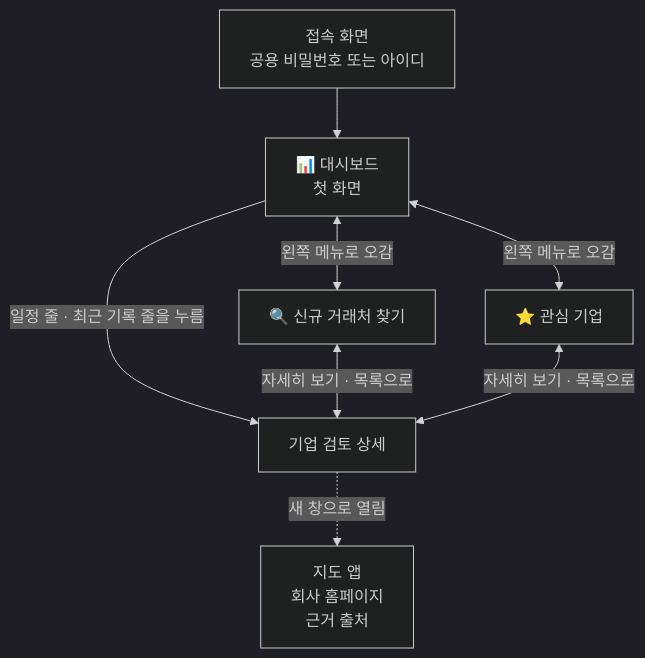
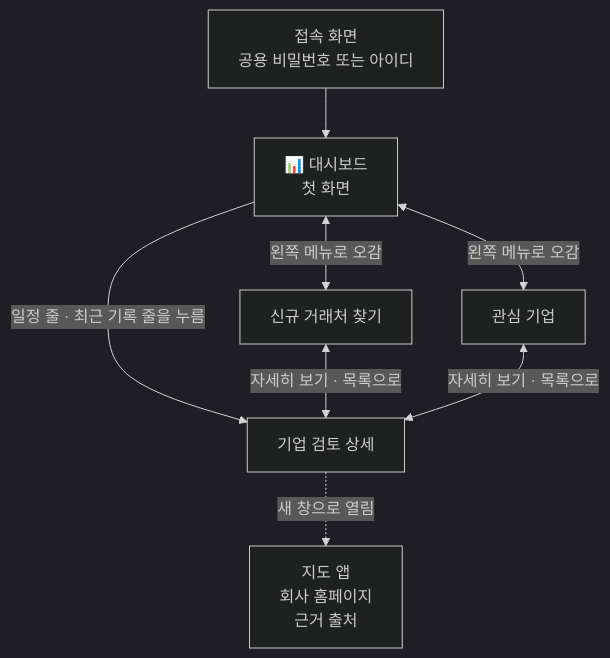
One commit to agent-ddalgi-team/final-geosan changed the second of 4 diagrams in docs/map/feature-map.md. Above: the diagram before and after it, drawn with Mermaid (dark theme). The commit also changed other lines of this file and 5 other files, not shown here.

````diff
--- a/docs/map/feature-map.md
+++ b/docs/map/feature-map.md
@@ -48,10 +48,10 @@
 ```mermaid
 flowchart TB
     G["접속 화면<br/>공용 비밀번호 또는 아이디"] --> D["📊 대시보드<br/>첫 화면"]
-    D <-->|"왼쪽 메뉴로 오감"| L["🔍 신규 거래처 찾기"]
-    D <-->|"왼쪽 메뉴로 오감"| B["⭐ 관심 기업"]
+    D <-->|"왼쪽 메뉴로 오감"| L["신규 거래처 찾기"]
+    D <-->|"왼쪽 메뉴로 오감"| B["관심 기업"]
     D -->|"일정 줄 · 최근 기록 줄을 누름"| S["기업 검토 상세"]
     L <-->|"자세히 보기 · 목록으로"| S
     B <-->|"자세히 보기 · 목록으로"| S
     S -.->|"새 창으로 열림"| O["지도 앱<br/>회사 홈페이지<br/>근거 출처"]
 ```
````
